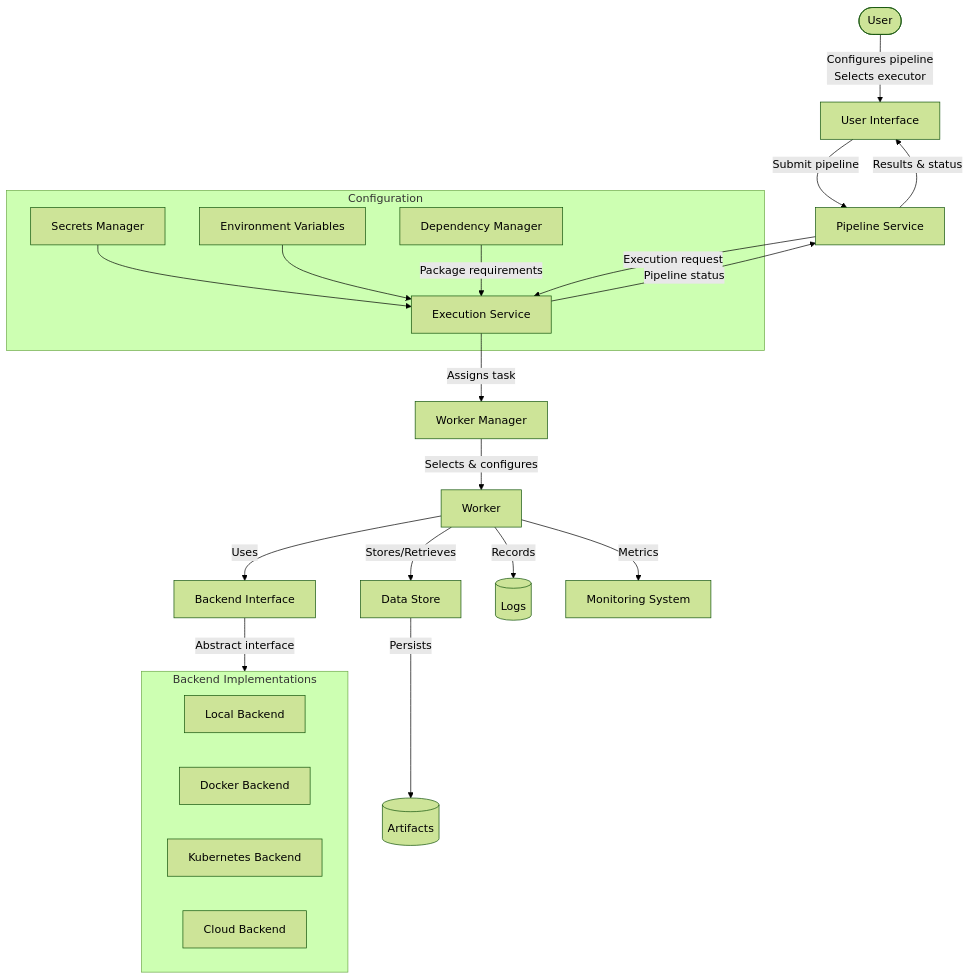
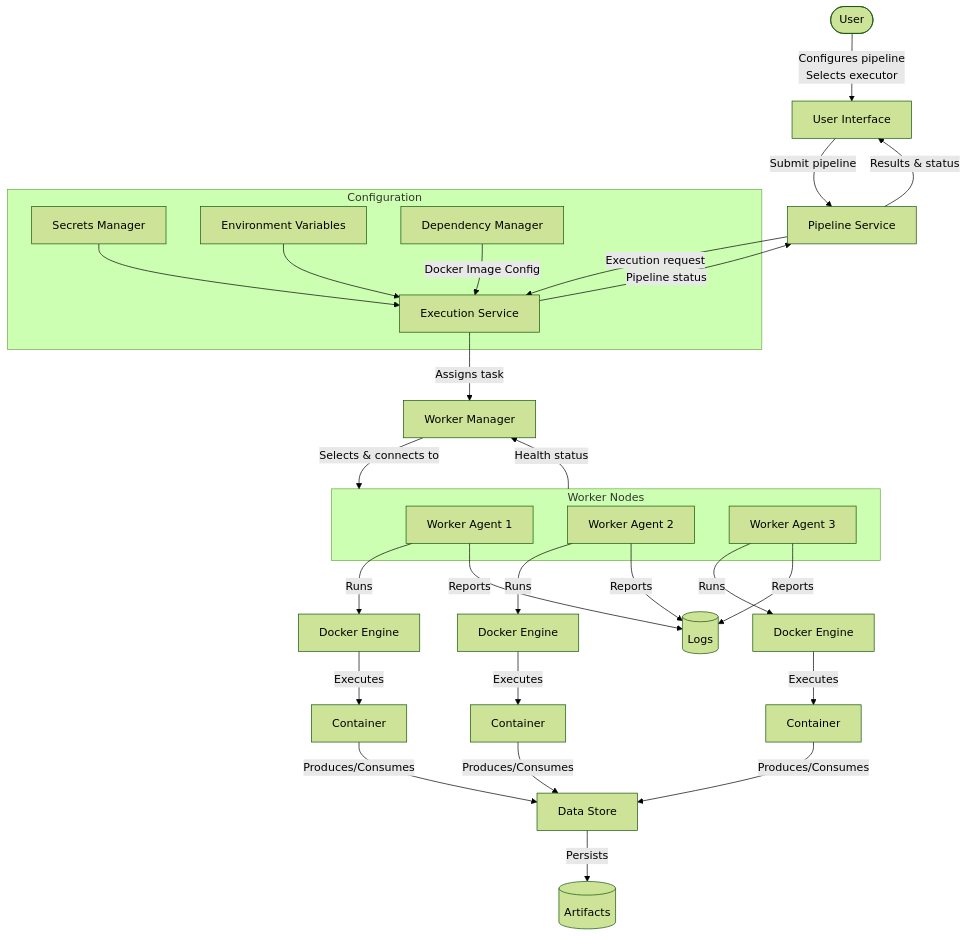
The first of 3 diagrams in docs/executor.md (cmin764/pulsr), drawn with Mermaid (forest theme) before and after one commit. The commit also changed other lines of this file, not shown here.

Commit message:
Diagrams and feature update: local & remote runs

````diff
--- a/docs/executor.md
+++ b/docs/executor.md
@@ -109,35 +123,44 @@
 ```mermaid
 flowchart TD
     User([User]) --> |Configures pipeline<br/>Selects executor| UI[User Interface]
     UI --> |Submit pipeline| PS[Pipeline Service]
     PS --> |Execution request| ES[Execution Service]
     
     subgraph Configuration
         SM[Secrets Manager] --> ES
         EV[Environment Variables] --> ES
-        DM[Dependency Manager] --> |Package requirements| ES
+        DM[Dependency Manager] --> |Docker Image Config| ES
     end
     
     ES --> |Assigns task| WM[Worker Manager]
-    WM --> |Selects & configures| Worker
+    WM --> |Selects & connects to| Workers
     
-    Worker --> |Uses| BI[Backend Interface]
-    Worker --> |Stores/Retrieves| DS[Data Store]
+    subgraph Workers[Worker Nodes]
+        WA1[Worker Agent 1]
+        WA2[Worker Agent 2]
+        WA3[Worker Agent 3]
+    end
     
-    BI --> |Abstract interface| BackendImpl
+    WA1 --> |Runs| Docker1[Docker Engine]
+    WA2 --> |Runs| Docker2[Docker Engine]
+    WA3 --> |Runs| Docker3[Docker Engine]
     
-    subgraph BackendImpl[Backend Implementations]
-        LB[Local Backend]
-        DB[Docker Backend]
-        KB[Kubernetes Backend]
-        CB[Cloud Backend]
-    end
+    Docker1 --> |Executes| Container1[Container]
+    Docker2 --> |Executes| Container2[Container]
+    Docker3 --> |Executes| Container3[Container]
+    
+    Container1 --> |Produces/Consumes| DS[Data Store]
+    Container2 --> |Produces/Consumes| DS
+    Container3 --> |Produces/Consumes| DS
     
     DS --> |Persists| Artifacts[(Artifacts)]
     
-    Worker --> |Records| Logs[(Logs)]
-    Worker --> |Metrics| Monitoring[Monitoring System]
+    WA1 --> |Reports| Logs[(Logs)]
+    WA2 --> |Reports| Logs
+    WA3 --> |Reports| Logs
+    
+    Workers --> |Health status| WM
     
     ES --> |Pipeline status| PS
     PS --> |Results & status| UI
 ```
````
